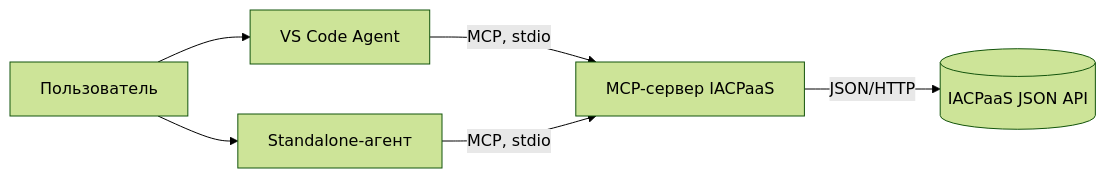
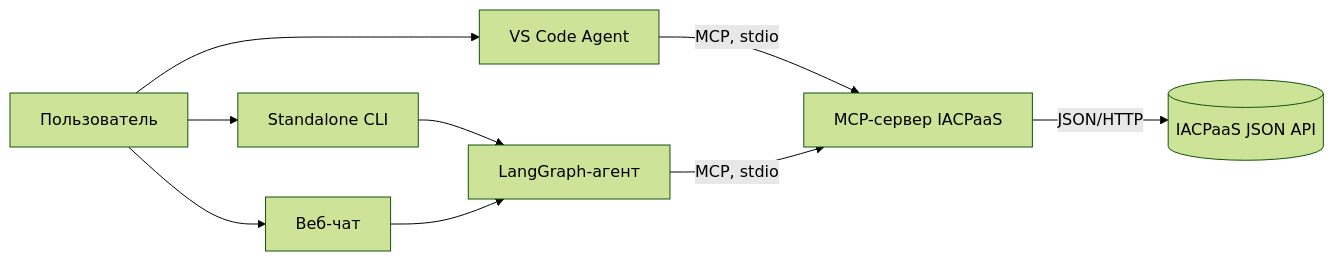
One commit to Mariositys/IACPaaS-MCP-Agent changed the first of 2 diagrams in docs/architecture.md. Above: the diagram before and after it, drawn with Mermaid (forest theme). The commit also changed other lines of this file and 15 other files, not shown here.

````diff
--- a/docs/architecture.md
+++ b/docs/architecture.md
@@ -8,8 +8,11 @@
 ```mermaid
 flowchart LR
   U[Пользователь] --> V[VS Code Agent]
-  U --> S[Standalone-агент]
+  U --> S[Standalone CLI]
+  U --> W[Веб-чат]
   V -->|MCP, stdio| M[MCP-сервер IACPaaS]
-  S -->|MCP, stdio| M
+  S --> A[LangGraph-агент]
+  W --> A
+  A -->|MCP, stdio| M
   M -->|JSON/HTTP| P[(IACPaaS JSON API)]
 ```
````
